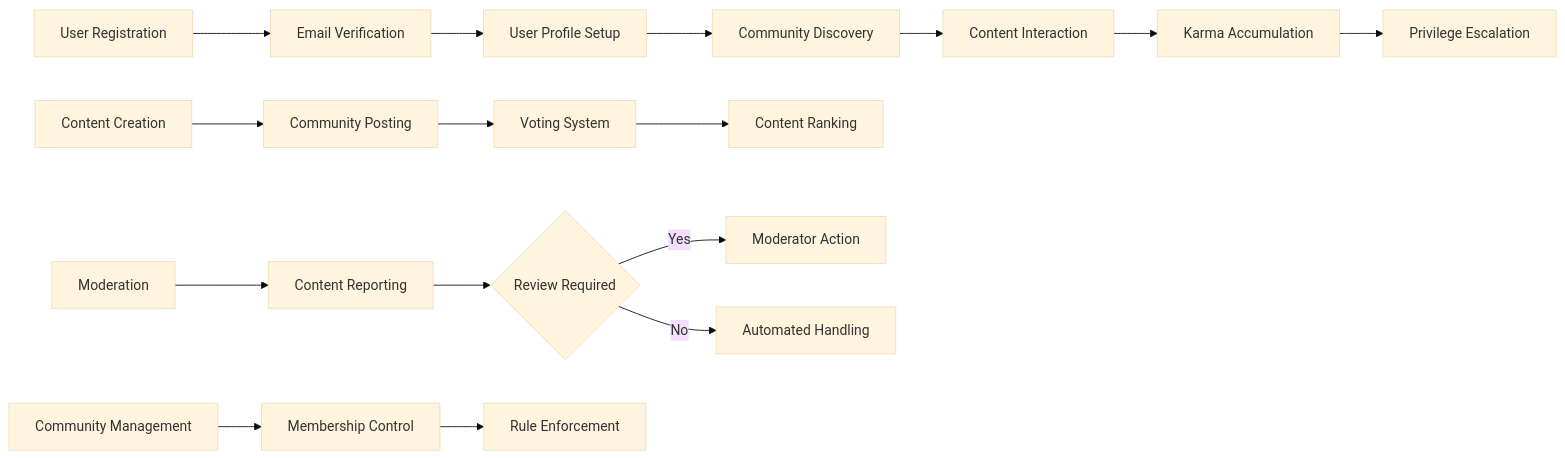
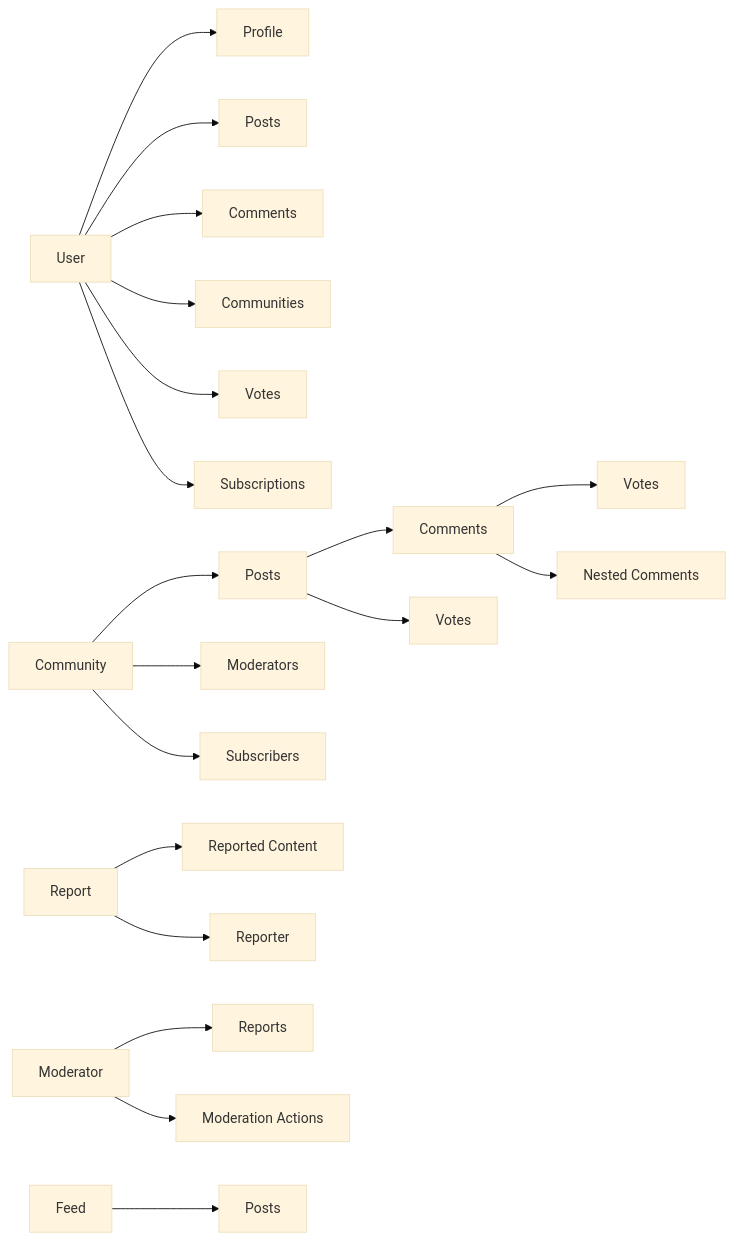
One commit to wrtnlabs/autobe-examples changed the diagram in qwen/qwen3-coder-exacto/reddit/docs/analysis/00-toc.md. Above: the diagram before and after it, drawn with Mermaid (base theme). The commit also changed other lines of this file and 9391 other files, not shown here.

````diff
--- a/qwen/qwen3-coder-exacto/reddit/docs/analysis/00-toc.md
+++ b/qwen/qwen3-coder-exacto/reddit/docs/analysis/00-toc.md
@@ -157,21 +44,27 @@
 ```mermaid
 graph LR
-  A["User Registration"] --> B["Email Verification"]
-  B --> C["User Profile Setup"]
-  C --> D["Community Discovery"]
-  D --> E["Content Interaction"]
-  E --> F["Karma Accumulation"]
-  F --> G["Privilege Escalation"]
+  A["User"] --> B["Profile"]
+  A --> C["Posts"]
+  A --> D["Comments"]
+  A --> E["Communities"]
+  A --> F["Votes"]
+  A --> G["Subscriptions"]
   
-  H["Content Creation"] --> I["Community Posting"]
-  I --> J["Voting System"]
-  J --> K["Content Ranking"]
+  H["Community"] --> I["Posts"]
+  H --> J["Moderators"]
+  H --> K["Subscribers"]
   
-  L["Moderation"] --> M["Content Reporting"]
-  M --> N{"Review Required"}
-  N -->|"Yes"| O["Moderator Action"]
-  N -->|"No"| P["Automated Handling"]
+  I --> L["Comments"]
+  I --> M["Votes"]
   
-  Q["Community Management"] --> R["Membership Control"]
-  R --> S["Rule Enforcement"]
+  L --> N["Votes"]
+  L --> O["Nested Comments"]
+  
+  P["Report"] --> Q["Reported Content"]
+  P --> R["Reporter"]
+  
+  S["Moderator"] --> T["Reports"]
+  S --> U["Moderation Actions"]
+  
+  V["Feed"] --> W["Posts"]
 ```
````
